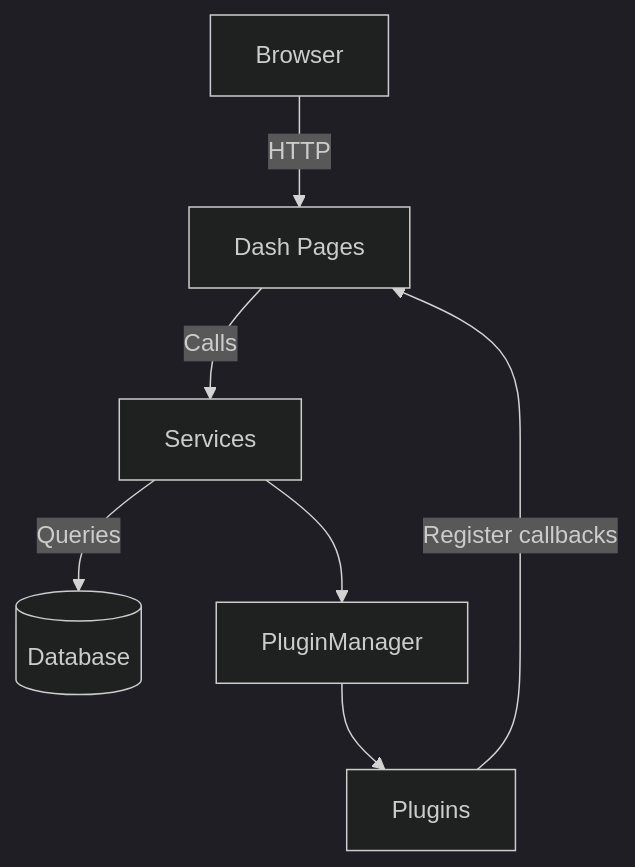
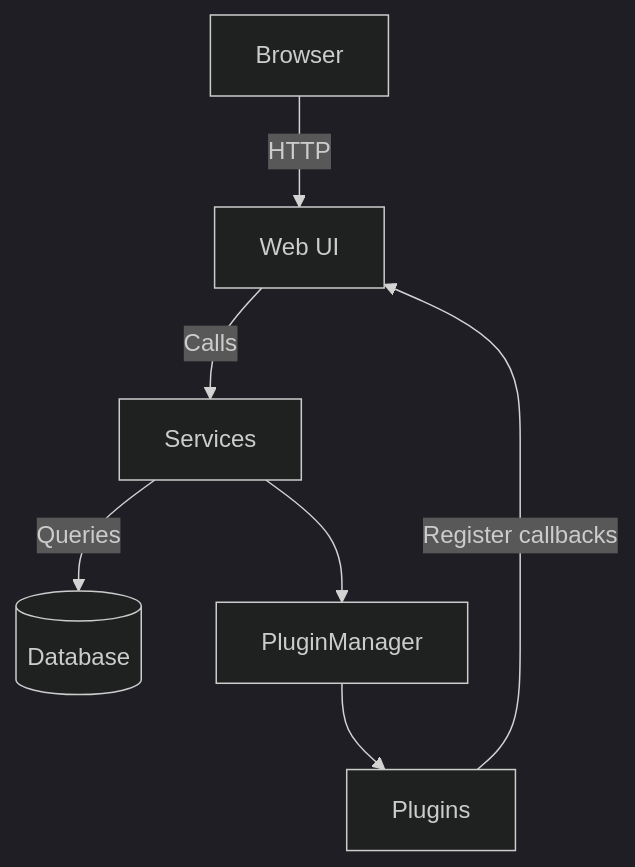
Before and after one commit to WSG23/yosai_intel_dashboard_fresh: the diagram in docs/system_diagram.md, drawn with Mermaid (dark theme). The commit also changed other lines of this file and 42 other files, not shown here.

````diff
--- a/docs/system_diagram.md
+++ b/docs/system_diagram.md
@@ -5,9 +5,9 @@
 ```mermaid
 flowchart TD
-    Browser -->|HTTP| Pages["Dash Pages"]
-    Pages -->|Calls| Services
+    Browser -->|HTTP| UI["Web UI"]
+    UI -->|Calls| Services
     Services -->|Queries| DB[(Database)]
     Services --> PluginManager
     PluginManager --> Plugins
-    Plugins -->|Register callbacks| Pages
+    Plugins -->|Register callbacks| UI
 ```
````
